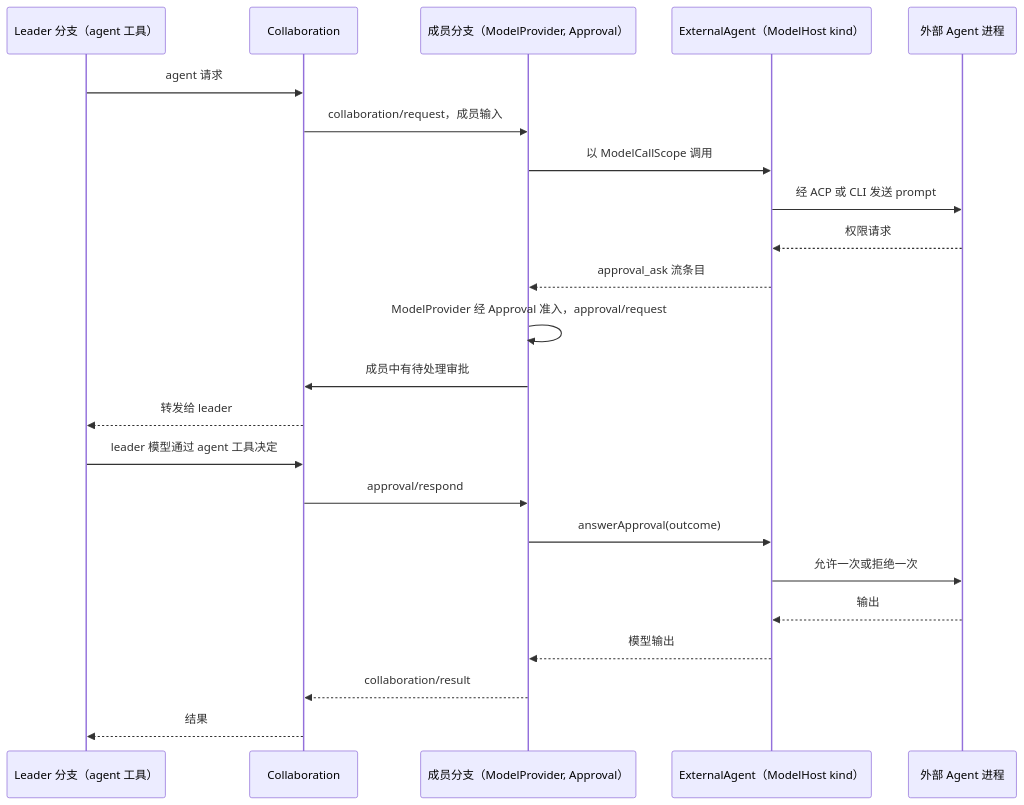
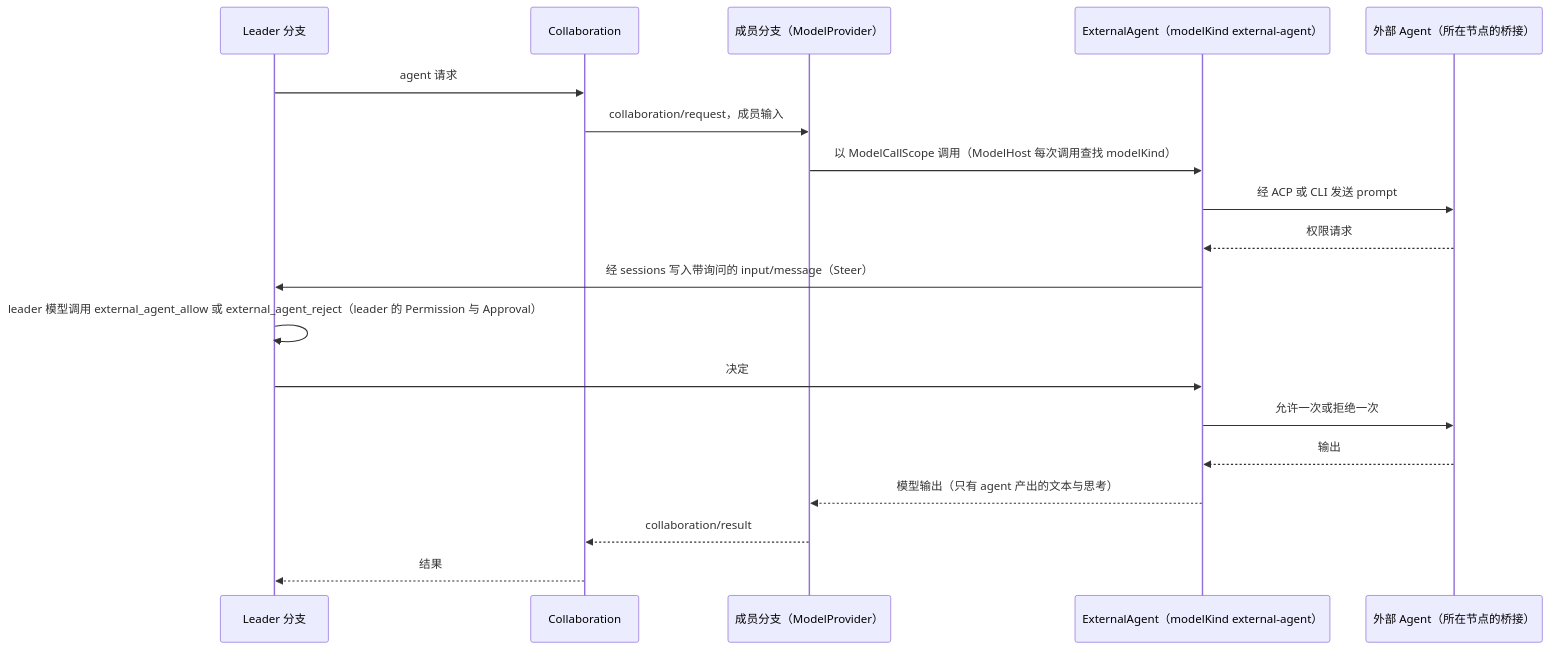
The eighth of 8 diagrams in docs/zh/design/overview.md (CoutinhoTTS/dim-agent), drawn with Mermaid before and after one commit. The commit also changed other lines of this file and 4 other files, not shown here.

Commit message:
docs: ExternalAgent redesign zh mirror, overview and index updates (refs #145)

````diff
--- a/docs/zh/design/overview.md
+++ b/docs/zh/design/overview.md
@@ -295,25 +293,21 @@
 ```mermaid
 sequenceDiagram
-  participant L as Leader 分支（agent 工具）
+  participant L as Leader 分支
   participant C as Collaboration
-  participant M as 成员分支（ModelProvider, Approval）
-  participant X as ExternalAgent（ModelHost kind）
-  participant EA as 外部 Agent 进程
+  participant M as 成员分支（ModelProvider）
+  participant X as ExternalAgent（modelKind external-agent）
+  participant EA as 外部 Agent（所在节点的桥接）
   L->>C: agent 请求
   C->>M: collaboration/request，成员输入
-  M->>X: 以 ModelCallScope 调用
+  M->>X: 以 ModelCallScope 调用（ModelHost 每次调用查找 modelKind）
   X->>EA: 经 ACP 或 CLI 发送 prompt
   EA-->>X: 权限请求
-  X-->>M: approval_ask 流条目
-  M->>M: ModelProvider 经 Approval 准入，approval/request
-  M->>C: 成员中有待处理审批
-  C-->>L: 转发给 leader
-  L->>C: leader 模型通过 agent 工具决定
-  C->>M: approval/respond
-  M->>X: answerApproval(outcome)
+  X->>L: 经 sessions 写入带询问的 input/message（Steer）
+  L->>L: leader 模型调用 external_agent_allow 或 external_agent_reject（leader 的 Permission 与 Approval）
+  L->>X: 决定
   X->>EA: 允许一次或拒绝一次
   EA-->>X: 输出
-  X-->>M: 模型输出
+  X-->>M: 模型输出（只有 agent 产出的文本与思考）
   M-->>C: collaboration/result
   C-->>L: 结果
 ```
````
